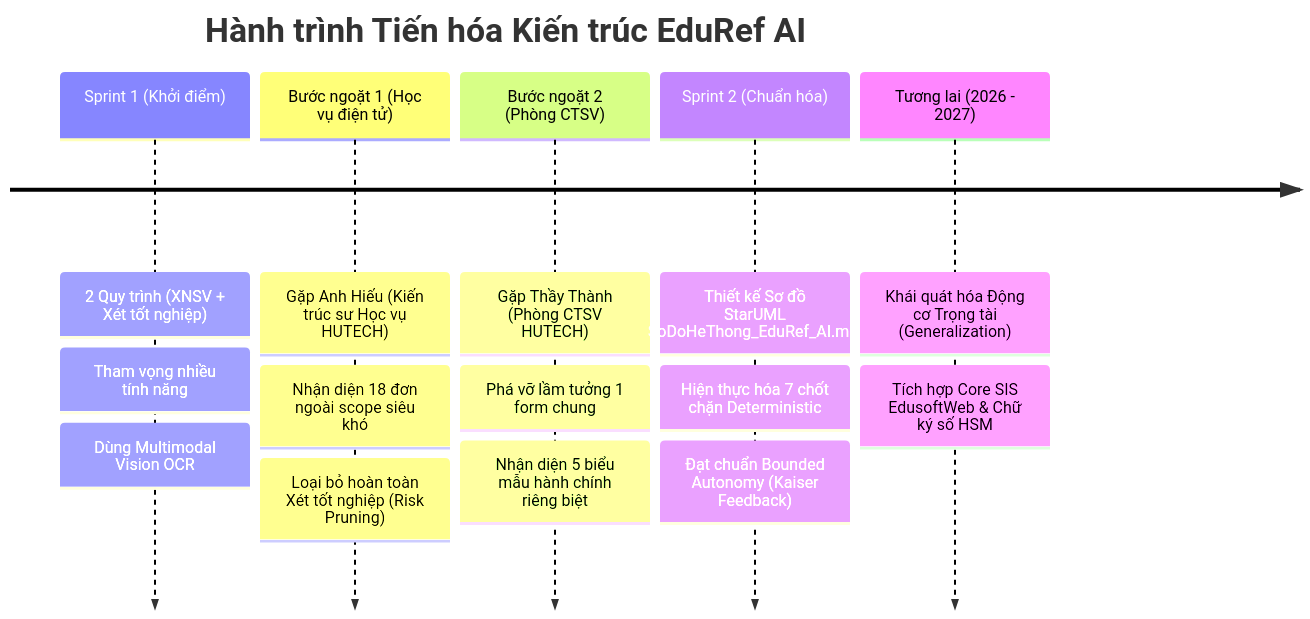
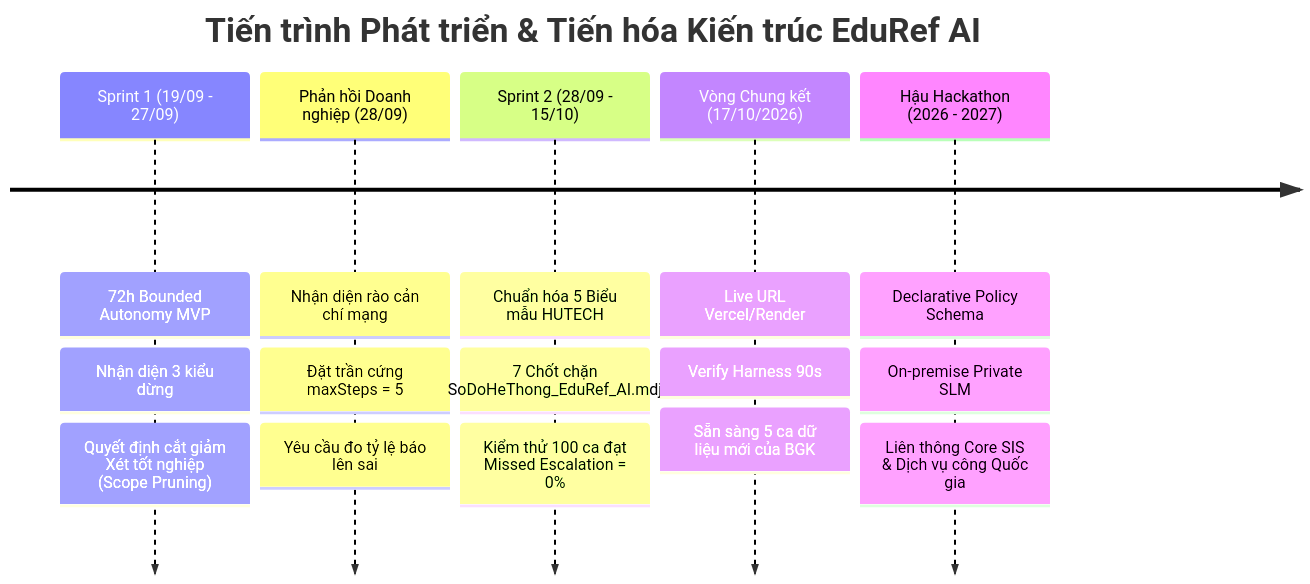
Before and after one commit to HuuNhan-147/EduRef_AI_Agent: the diagram in EDUREF_AI/docs/17_ROADMAP.md, drawn with Mermaid. The commit also changed other lines of this file and 39 other files, not shown here.

````diff
--- a/EDUREF_AI/docs/17_ROADMAP.md
+++ b/EDUREF_AI/docs/17_ROADMAP.md
@@ -12,9 +26,9 @@
 ```mermaid
 timeline
-    title Hành trình Tiến hóa Kiến trúc EduRef AI
-    Sprint 1 (Khởi điểm) : 2 Quy trình (XNSV + Xét tốt nghiệp) : Tham vọng nhiều tính năng : Dùng Multimodal Vision OCR
-    Bước ngoặt 1 (Học vụ điện tử) : Gặp Anh Hiếu (Kiến trúc sư Học vụ HUTECH) : Nhận diện 18 đơn ngoài scope siêu khó : Loại bỏ hoàn toàn Xét tốt nghiệp (Risk Pruning)
-    Bước ngoặt 2 (Phòng CTSV) : Gặp Thầy Thành (Phòng CTSV HUTECH) : Phá vỡ lầm tưởng 1 form chung : Nhận diện 5 biểu mẫu hành chính riêng biệt
-    Sprint 2 (Chuẩn hóa) : Thiết kế Sơ đồ StarUML SoDoHeThong_EduRef_AI.mdj : Hiện thực hóa 7 chốt chặn Deterministic : Đạt chuẩn Bounded Autonomy (Kaiser Feedback)
-    Tương lai (2026 - 2027) : Khái quát hóa Động cơ Trọng tài (Generalization) : Tích hợp Core SIS EdusoftWeb & Chữ ký số HSM
+    title Tiến trình Phát triển & Tiến hóa Kiến trúc EduRef AI
+    Sprint 1 (19/09 - 27/09) : 72h Bounded Autonomy MVP : Nhận diện 3 kiểu dừng : Quyết định cắt giảm Xét tốt nghiệp (Scope Pruning)
+    Phản hồi Doanh nghiệp (28/09) : Nhận diện rào cản chí mạng : Đặt trần cứng maxSteps = 5 : Yêu cầu đo tỷ lệ báo lên sai
+    Sprint 2 (28/09 - 15/10) : Chuẩn hóa 5 Biểu mẫu HUTECH : 7 Chốt chặn SoDoHeThong_EduRef_AI.mdj : Kiểm thử 100 ca đạt Missed Escalation = 0%
+    Vòng Chung kết (17/10/2026) : Live URL Vercel/Render : Verify Harness 90s : Sẵn sàng 5 ca dữ liệu mới của BGK
+    Hậu Hackathon (2026 - 2027) : Declarative Policy Schema : On-premise Private SLM : Liên thông Core SIS & Dịch vụ công Quốc gia
 ```
````
